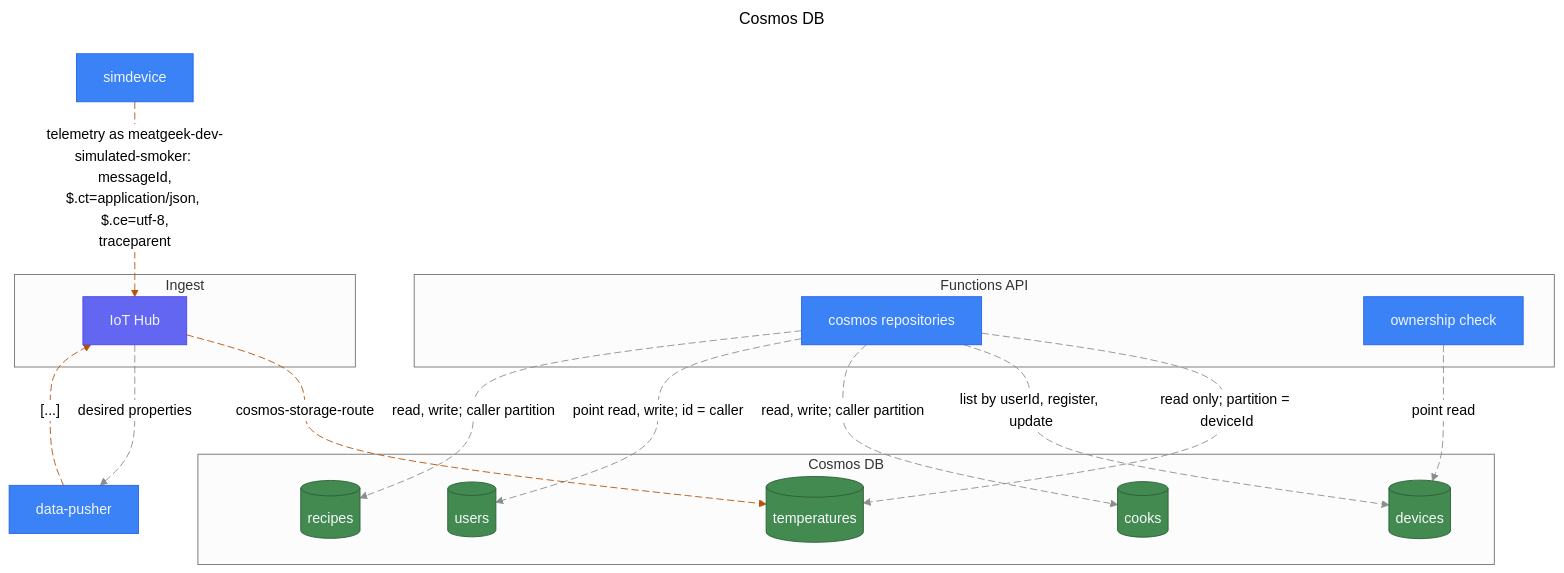
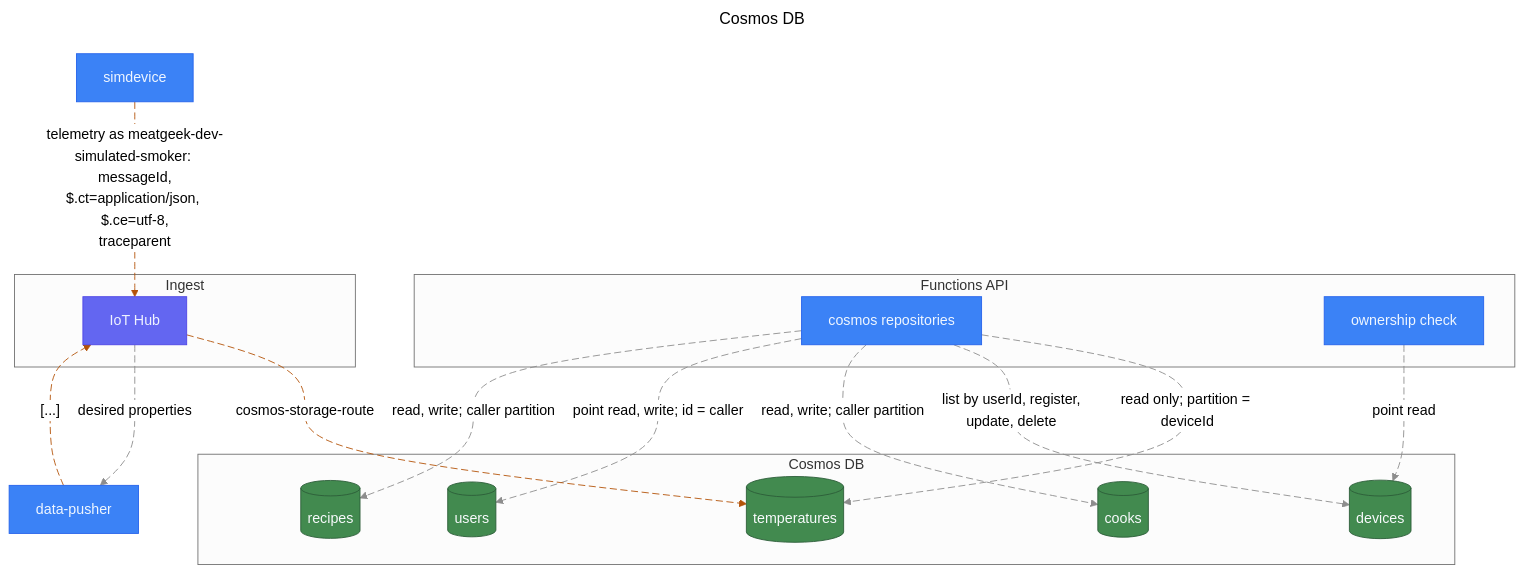
One commit to stevebargelt/meatgeekv2 changed the sixth of 16 diagrams in docs/architecture/diagrams.md. Above: the diagram before and after it, drawn with Mermaid (neutral theme). The commit also changed other lines of this file and 18 other files, not shown here.

First line of the commit message:
feat(api): HAR-100 DELETE /devices/{id}; acceptance deletes its devices and sweeps stale ones

````diff
--- a/docs/architecture/diagrams.md
+++ b/docs/architecture/diagrams.md
@@ -499,43 +501,44 @@
 ```mermaid
 ---
 title: "Cosmos DB"
 ---
 graph TB
   subgraph MeatgeekCloudApi["`Functions API`"]
     MeatgeekCloudApi.Repos@{ shape: rectangle, label: "cosmos repositories" }
     MeatgeekCloudApi.Ownership@{ shape: rectangle, label: "ownership check" }
   end
   DeliverySimdevice@{ shape: rectangle, label: "simdevice" }
   subgraph MeatgeekCloudIngest["`Ingest`"]
     MeatgeekCloudIngest.Iothub@{ shape: rectangle, label: "IoT Hub" }
   end
   subgraph MeatgeekCloudData["`Cosmos DB`"]
     MeatgeekCloudData.Temperatures@{ shape: cylinder, label: "temperatures" }
     MeatgeekCloudData.Devices@{ shape: cylinder, label: "devices" }
     MeatgeekCloudData.Cooks@{ shape: cylinder, label: "cooks" }
     MeatgeekCloudData.Users@{ shape: cylinder, label: "users" }
     MeatgeekCloudData.Recipes@{ shape: cylinder, label: "recipes" }
   end
   MeatgeekEdgePusher@{ shape: rectangle, label: "data-pusher" }
   MeatgeekCloudApi.Repos -. "`read only; partition = deviceId`" .-> MeatgeekCloudData.Temperatures
-  MeatgeekCloudApi.Repos -. "`list by userId, register, update`" .-> MeatgeekCloudData.Devices
+  MeatgeekCloudApi.Repos -. "`list by userId, register,
+update, delete`" .-> MeatgeekCloudData.Devices
   MeatgeekCloudApi.Repos -. "`read, write; caller partition`" .-> MeatgeekCloudData.Cooks
   MeatgeekCloudApi.Repos -. "`point read, write; id = caller`" .-> MeatgeekCloudData.Users
   MeatgeekCloudApi.Repos -. "`read, write; caller partition`" .-> MeatgeekCloudData.Recipes
   MeatgeekCloudApi.Ownership -. "`point read`" .-> MeatgeekCloudData.Devices
   MeatgeekCloudIngest.Iothub -. "`cosmos-storage-route`" .-> MeatgeekCloudData.Temperatures
   MeatgeekCloudIngest.Iothub -. "`desired properties`" .-> MeatgeekEdgePusher
   MeatgeekEdgePusher -. "`[...]`" .-> MeatgeekCloudIngest.Iothub
   DeliverySimdevice -. "`telemetry as meatgeek-dev-
 simulated-smoker: messageId,
 $.ct=application/json, $.ce=utf-8,
 traceparent`" .-> MeatgeekCloudIngest.Iothub
   classDef primary fill:#3b82f6,stroke:#2563eb,color:#eff6ff
   class DeliverySimdevice,MeatgeekCloudApi.Repos,MeatgeekCloudApi.Ownership,MeatgeekEdgePusher primary
   classDef indigo fill:#6366f1,stroke:#4f46e5,color:#eef2ff
   class MeatgeekCloudIngest.Iothub indigo
   classDef green fill:#428a4f,stroke:#2d5d39,color:#f8fafc
   class MeatgeekCloudData.Temperatures,MeatgeekCloudData.Devices,MeatgeekCloudData.Cooks,MeatgeekCloudData.Users,MeatgeekCloudData.Recipes green
   linkStyle 0,1,2,3,4,5,7 stroke:#8D8D8D,stroke-dasharray:8 4
   linkStyle 6,8,9 stroke:#b45309,stroke-dasharray:8 4
 ```
````
